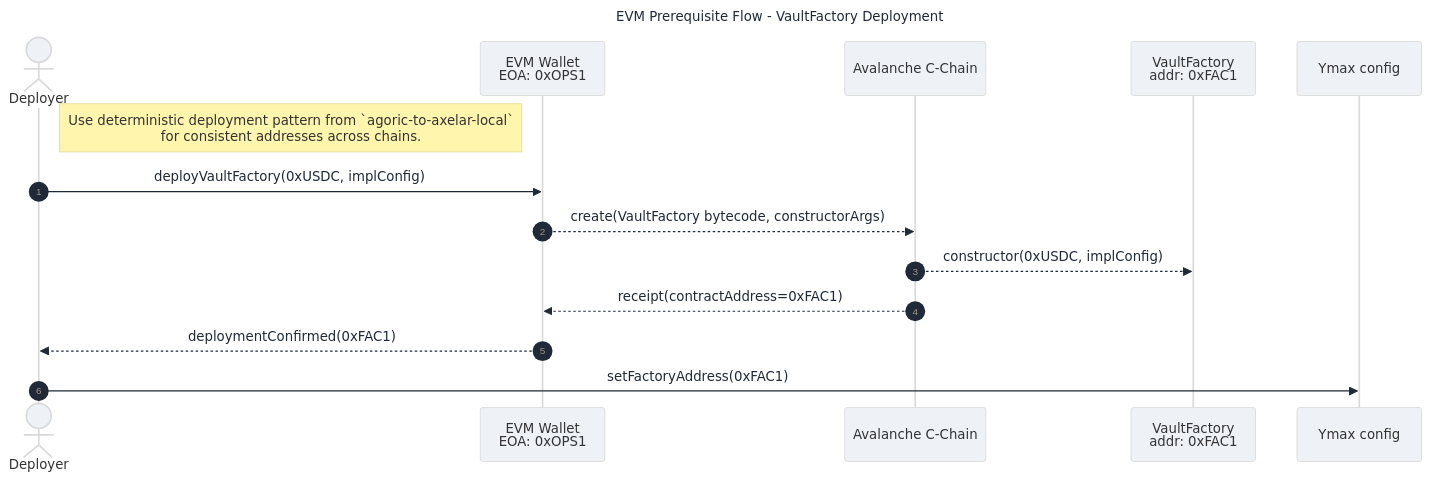
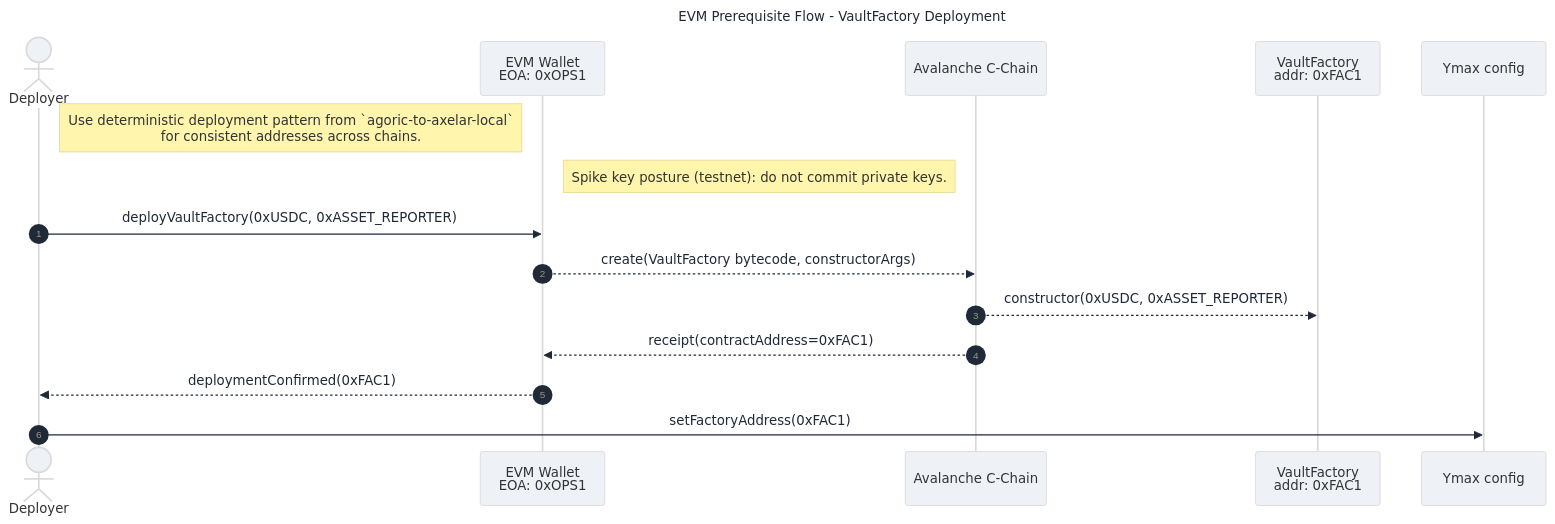
One commit to Agoric/agoric-sdk changed the diagram in packages/portfolio-contract/docs-design/vault-evm-prereq-deployment.mmd. Above: the diagram before and after it, drawn with Mermaid. The commit also changed 1 other file, not shown here.

Commit message:
fixup! WIP: vaults spike design stuff

```diff
--- a/packages/portfolio-contract/docs-design/vault-evm-prereq-deployment.mmd
+++ b/packages/portfolio-contract/docs-design/vault-evm-prereq-deployment.mmd
@@ -1,20 +1,21 @@
 %%{init: {'theme': 'base', 'themeVariables': {'background': '#f3f4f6', 'primaryColor': '#eef2f7', 'secondaryColor': '#e9eef5', 'tertiaryColor': '#f6f8fb', 'lineColor': '#5f6b7a', 'textColor': '#1f2937'}, 'themeCSS': '.sequenceNumber { font-size: 14px !important; font-weight: 600; }'}}%%
 sequenceDiagram
     title EVM Prerequisite Flow - VaultFactory Deployment
     autonumber
 
     %% Conventions: solid(->>) = spontaneous trigger; dotted(-->>) = consequence/follow-on
 
     actor ops as Deployer
     participant wallet as EVM Wallet<br/>EOA: 0xOPS1
     participant chain as Avalanche C-Chain
     participant factory as VaultFactory<br/>addr: 0xFAC1
     participant ymax as Ymax config
 
     Note right of ops: Use deterministic deployment pattern from `agoric-to-axelar-local`<br/>for consistent addresses across chains.
-    ops->>wallet: deployVaultFactory(0xUSDC, implConfig)
+    Note right of wallet: Spike key posture (testnet): do not commit private keys.
+    ops->>wallet: deployVaultFactory(0xUSDC, 0xASSET_REPORTER)
     wallet-->>chain: create(VaultFactory bytecode, constructorArgs)
-    chain-->>factory: constructor(0xUSDC, implConfig)
+    chain-->>factory: constructor(0xUSDC, 0xASSET_REPORTER)
     chain-->>wallet: receipt(contractAddress=0xFAC1)
     wallet-->>ops: deploymentConfirmed(0xFAC1)
     ops->>ymax: setFactoryAddress(0xFAC1)
```
